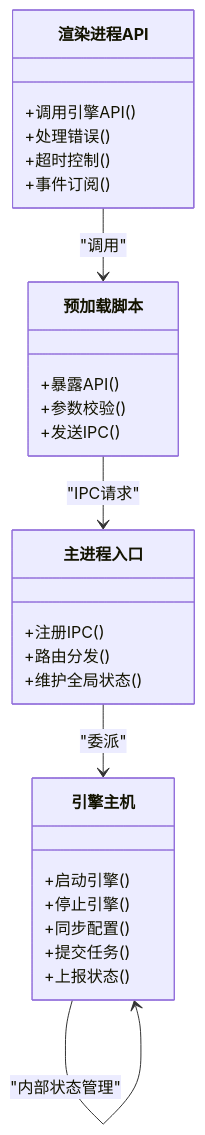
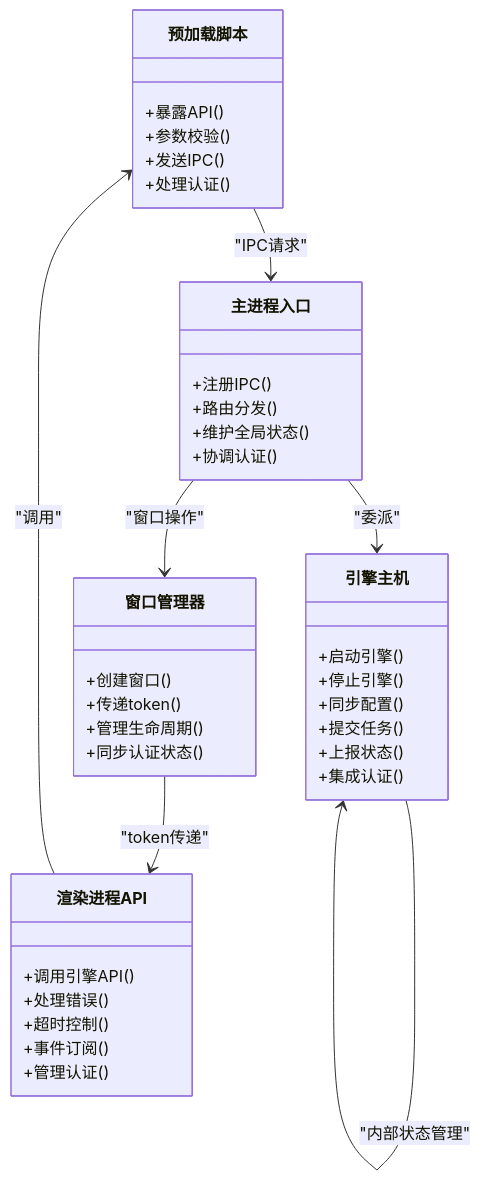
One commit to kkutysllb/KCoder changed the third of 4 diagrams in .qoder/repowiki/zh/content/API参考/IPC进程间通信.md. Above: the diagram before and after it, drawn with Mermaid. The commit also changed other lines of this file and 141 other files, not shown here.

````diff
--- a/.qoder/repowiki/zh/content/API参考/IPC进程间通信.md
+++ b/.qoder/repowiki/zh/content/API参考/IPC进程间通信.md
@@ -175,30 +231,42 @@
 ```mermaid
 classDiagram
 class 预加载脚本 {
 +暴露API()
 +参数校验()
 +发送IPC()
++处理认证()
 }
 class 主进程入口 {
 +注册IPC()
 +路由分发()
 +维护全局状态()
++协调认证()
+}
+class 窗口管理器 {
++创建窗口()
++传递token()
++管理生命周期()
++同步认证状态()
 }
 class 引擎主机 {
 +启动引擎()
 +停止引擎()
 +同步配置()
 +提交任务()
 +上报状态()
++集成认证()
 }
 class 渲染进程API {
 +调用引擎API()
 +处理错误()
 +超时控制()
 +事件订阅()
++管理认证()
 }
 渲染进程API --> 预加载脚本 : "调用"
 预加载脚本 --> 主进程入口 : "IPC请求"
+主进程入口 --> 窗口管理器 : "窗口操作"
 主进程入口 --> 引擎主机 : "委派"
+窗口管理器 --> 渲染进程API : "token传递"
 引擎主机 --> 引擎主机 : "内部状态管理"
 ```
````
